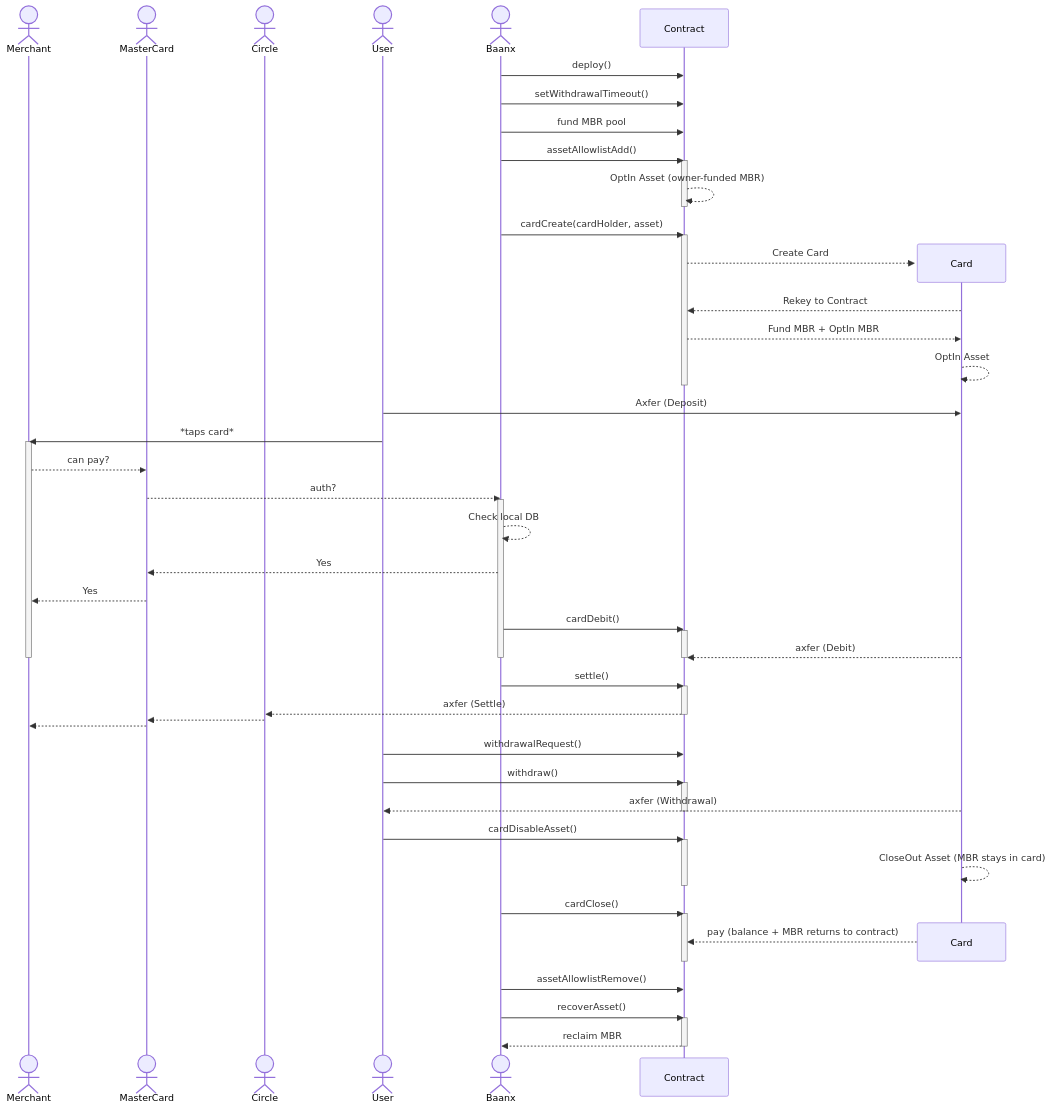
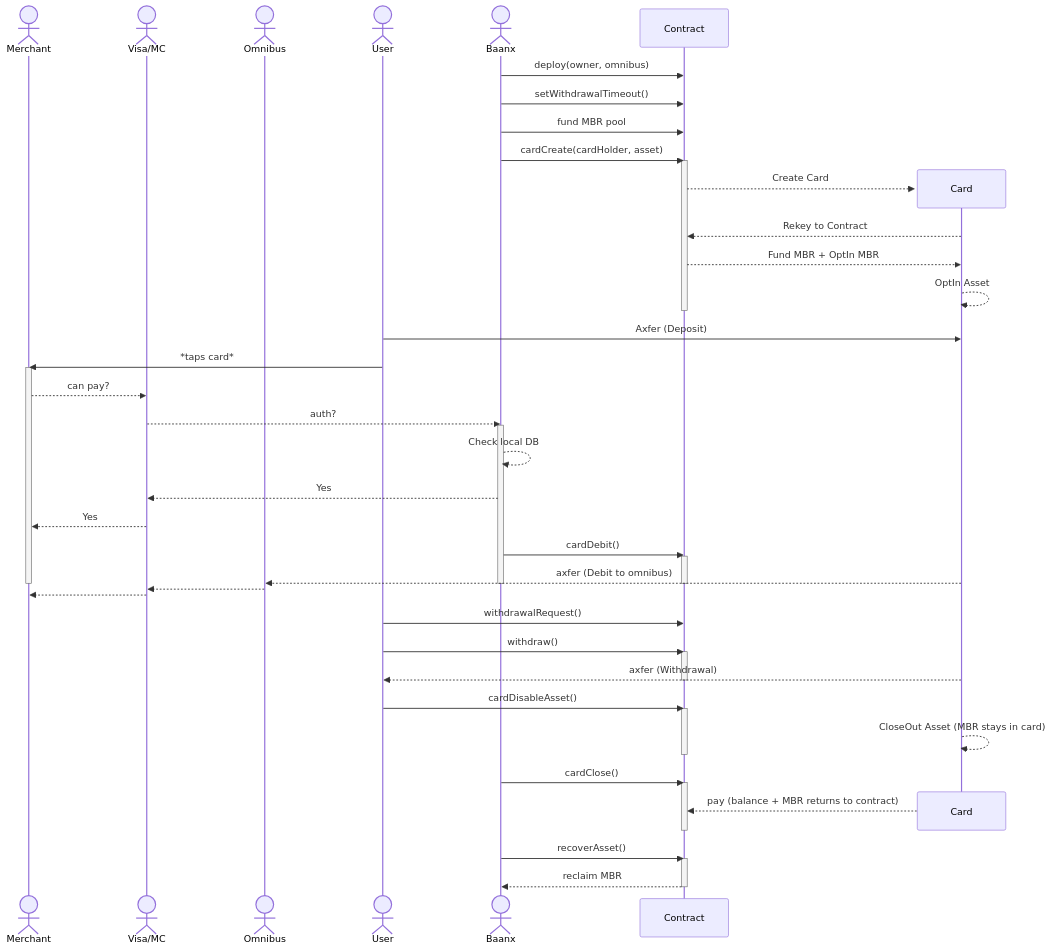
The second of 2 diagrams in README.md (funk-af/baanx-contracts), drawn with Mermaid before and after one commit. The commit also changed other lines of this file and 1 other file, not shown here.

````diff
--- a/README.md
+++ b/README.md
@@ -201,63 +211,54 @@
 ```mermaid
 sequenceDiagram
     actor Merchant
-    actor MasterCard
-    actor Circle
+    actor Visa/MC
+    actor Omnibus
     actor User
     actor Baanx
-    Baanx->>Contract: deploy()
+    Baanx->>Contract: deploy(owner, omnibus)
     Baanx->>Contract: setWithdrawalTimeout()
     Baanx->>Contract: fund MBR pool
-    Baanx->>Contract: assetAllowlistAdd()
-    activate Contract
-    Contract-->>Contract: OptIn Asset (owner-funded MBR)
-    deactivate Contract
     Baanx->>Contract: cardCreate(cardHolder, asset)
     activate Contract
     create participant Card
     Contract-->>Card: Create Card
     Card-->>Contract: Rekey to Contract
     Contract-->>Card: Fund MBR + OptIn MBR
     Card-->>Card: OptIn Asset
     deactivate Contract
     User->>Card: Axfer (Deposit)
     User->>Merchant: *taps card*
     activate Merchant
-    Merchant-->>MasterCard: can pay?
-    MasterCard-->>Baanx: auth?
+    Merchant-->>Visa/MC: can pay?
+    Visa/MC-->>Baanx: auth?
     activate Baanx
     Baanx-->>Baanx: Check local DB
-    Baanx-->>MasterCard: Yes
-    MasterCard-->>Merchant: Yes
+    Baanx-->>Visa/MC: Yes
+    Visa/MC-->>Merchant: Yes
     Baanx->>Contract: cardDebit()
     activate Contract
-    Card-->>Contract: axfer (Debit)
+    Card-->>Omnibus: axfer (Debit to omnibus)
     deactivate Baanx
     deactivate Merchant
     deactivate Contract
-    Baanx->>Contract: settle()
-    activate Contract
-    Contract-->>Circle: axfer (Settle)
-    deactivate Contract
-    Circle-->>MasterCard:
-    MasterCard-->>Merchant:
+    Omnibus-->>Visa/MC:
+    Visa/MC-->>Merchant:
     User->>Contract: withdrawalRequest()
     User->>Contract: withdraw()
     activate Contract
     Card-->>User: axfer (Withdrawal)
     deactivate Contract
     User->>Contract: cardDisableAsset()
     activate Contract
     Card-->>Card: CloseOut Asset (MBR stays in card)
     deactivate Contract
     Baanx->>Contract: cardClose()
     activate Contract
     destroy Card
     Card-->>Contract: pay (balance + MBR returns to contract)
     deactivate Contract
-    Baanx->>Contract: assetAllowlistRemove()
     Baanx->>Contract: recoverAsset()
     activate Contract
     Contract-->>Baanx: reclaim MBR
     deactivate Contract
 ```
````
